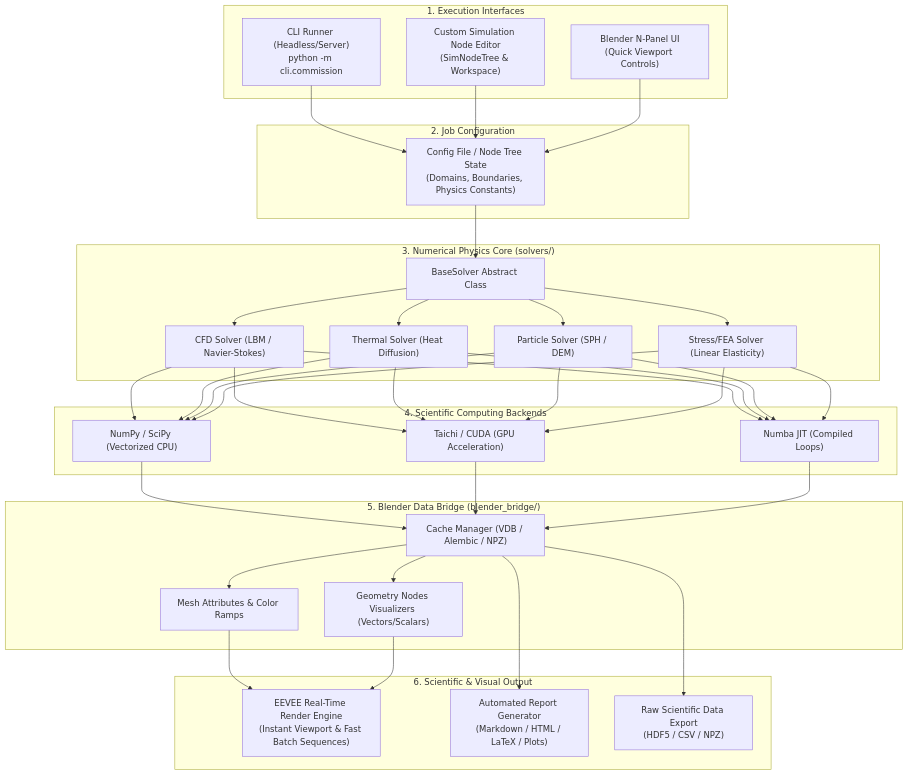
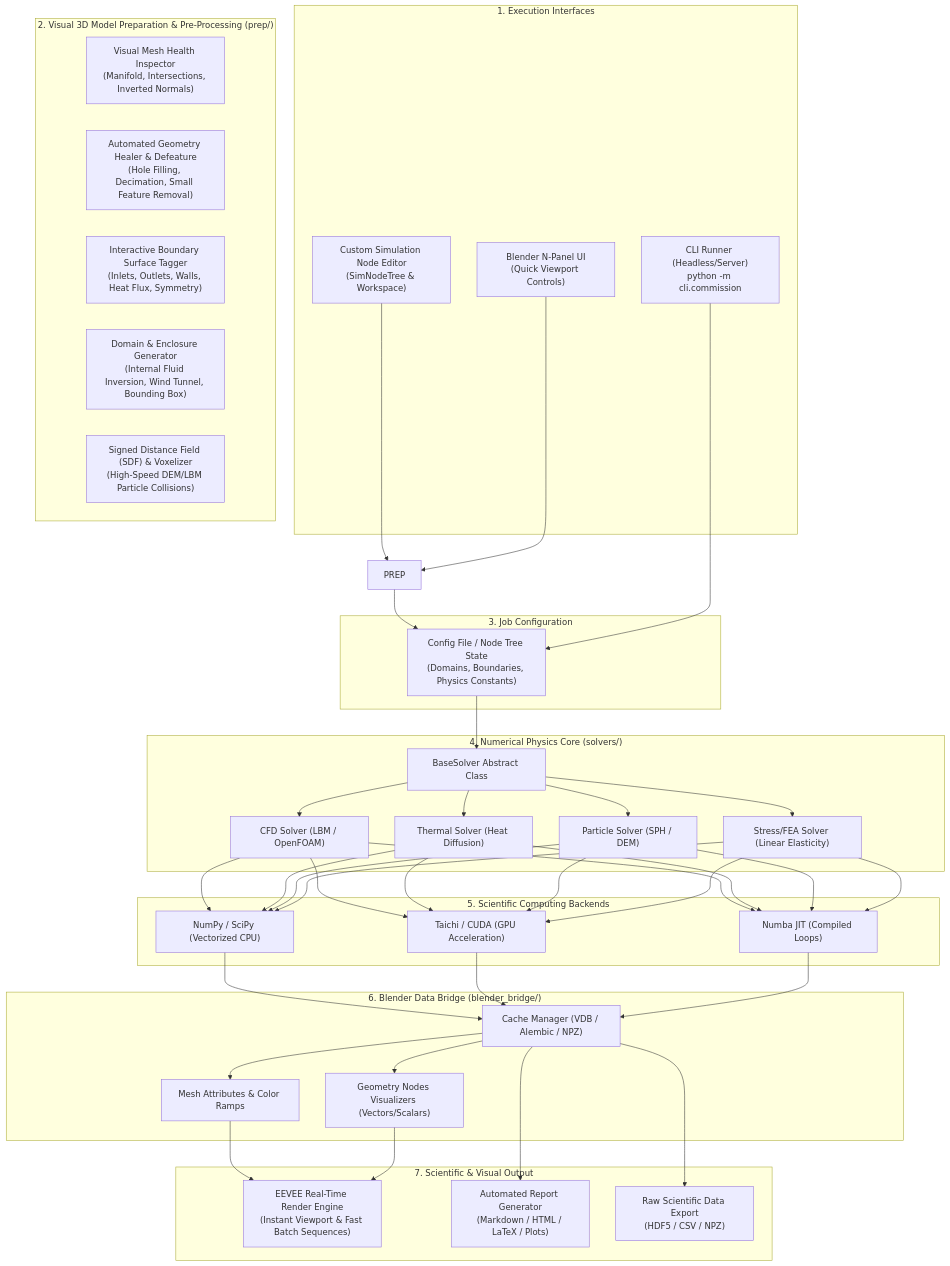
The diagram in SYSTEM_ARCHITECTURE.md (VimuthWickramasinghe/blender_sim), drawn with Mermaid before and after one commit. The commit also changed other lines of this file and 6 other files, not shown here.

````diff
--- a/SYSTEM_ARCHITECTURE.md
+++ b/SYSTEM_ARCHITECTURE.md
@@ -19,49 +19,58 @@
 ```mermaid
 flowchart TD
     subgraph Execution["1. Execution Interfaces"]
         CLI["CLI Runner (Headless/Server)<br>python -m cli.commission"]
         NODE_ED["Custom Simulation Node Editor<br>(SimNodeTree & Workspace)"]
         B_UI["Blender N-Panel UI<br>(Quick Viewport Controls)"]
     end
 
-    subgraph Config["2. Job Configuration"]
+    subgraph Prep["2. Visual 3D Model Preparation & Pre-Processing (prep/)"]
+        INSPECT["Visual Mesh Health Inspector<br>(Manifold, Intersections, Inverted Normals)"]
+        CLEAN["Automated Geometry Healer & Defeature<br>(Hole Filling, Decimation, Small Feature Removal)"]
+        BOUNDARY["Interactive Boundary Surface Tagger<br>(Inlets, Outlets, Walls, Heat Flux, Symmetry)"]
+        DOMAIN["Domain & Enclosure Generator<br>(Internal Fluid Inversion, Wind Tunnel, Bounding Box)"]
+        SDF_GEN["Signed Distance Field (SDF) & Voxelizer<br>(High-Speed DEM/LBM Particle Collisions)"]
+    end
+
+    subgraph Config["3. Job Configuration"]
         JSON_CFG["Config File / Node Tree State<br>(Domains, Boundaries, Physics Constants)"]
     end
 
-    subgraph Core["3. Numerical Physics Core (solvers/)"]
+    subgraph Core["4. Numerical Physics Core (solvers/)"]
         BASE["BaseSolver Abstract Class"]
-        CFD["CFD Solver (LBM / Navier-Stokes)"]
+        CFD["CFD Solver (LBM / OpenFOAM)"]
         THERMAL["Thermal Solver (Heat Diffusion)"]
         SPH["Particle Solver (SPH / DEM)"]
         FEA["Stress/FEA Solver (Linear Elasticity)"]
     end
 
-    subgraph Math["4. Scientific Computing Backends"]
+    subgraph Math["5. Scientific Computing Backends"]
         NUMPY["NumPy / SciPy (Vectorized CPU)"]
         TAICHI["Taichi / CUDA (GPU Acceleration)"]
         NUMBA["Numba JIT (Compiled Loops)"]
     end
 
-    subgraph Bridge["5. Blender Data Bridge (blender_bridge/)"]
+    subgraph Bridge["6. Blender Data Bridge (blender_bridge/)"]
         ATTR["Mesh Attributes & Color Ramps"]
         CACHE["Cache Manager (VDB / Alembic / NPZ)"]
         GN["Geometry Nodes Visualizers (Vectors/Scalars)"]
     end
 
-    subgraph Output["6. Scientific & Visual Output"]
+    subgraph Output["7. Scientific & Visual Output"]
         RENDER["EEVEE Real-Time Render Engine<br>(Instant Viewport & Fast Batch Sequences)"]
         REPORT["Automated Report Generator<br>(Markdown / HTML / LaTeX / Plots)"]
         DATA["Raw Scientific Data Export<br>(HDF5 / CSV / NPZ)"]
     end
 
+    NODE_ED --> PREP
+    B_UI --> PREP
+    PREP --> JSON_CFG
     CLI --> JSON_CFG
-    NODE_ED --> JSON_CFG
-    B_UI --> JSON_CFG
     JSON_CFG --> BASE
     BASE --> CFD & THERMAL & SPH & FEA
     CFD & THERMAL & SPH & FEA --> NUMPY & TAICHI & NUMBA
     NUMPY & TAICHI & NUMBA --> CACHE
     CACHE --> ATTR & GN
     CACHE --> REPORT & DATA
     ATTR & GN --> RENDER
 ```
````
